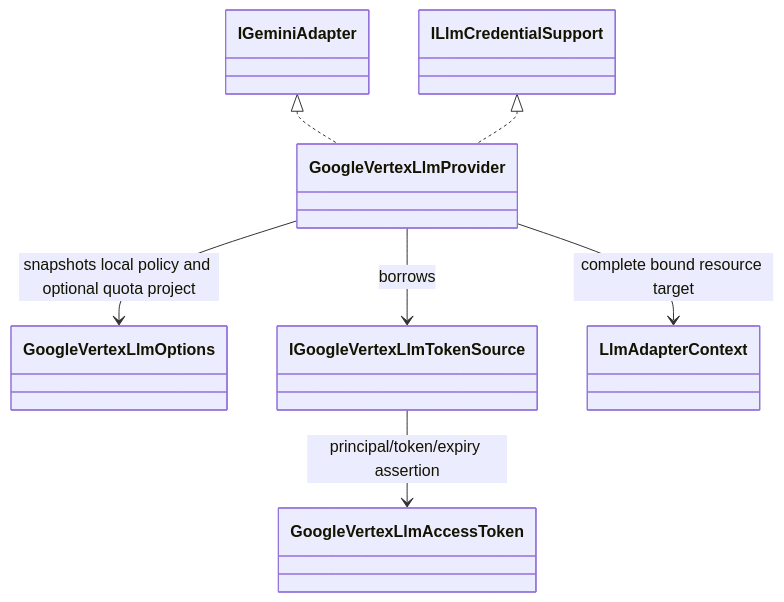
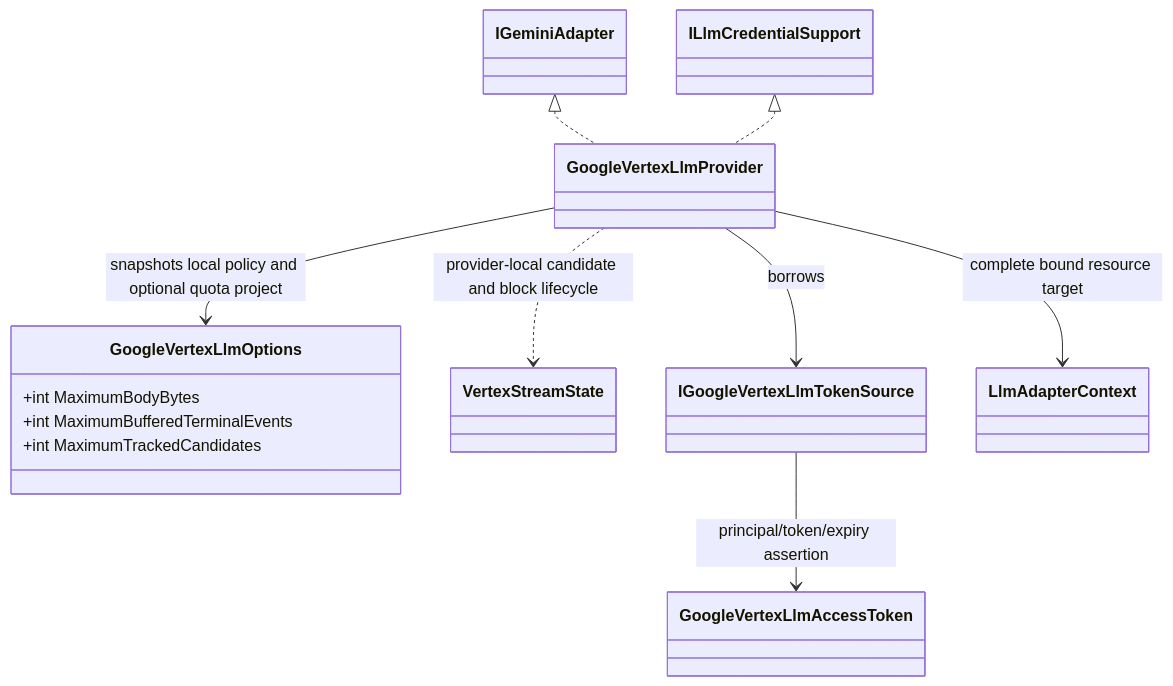
The third of 36 diagrams in docs/architecture.md (BenLampson/Asgard.Loki), drawn with Mermaid before and after one commit. The commit also changed other lines of this file and 24 other files, not shown here.

Commit message:
feat(llm): add native Vertex SSE with exact candidate lifecycle

````diff
--- a/docs/architecture.md
+++ b/docs/architecture.md
@@ -101,9 +101,15 @@
 ```mermaid
 classDiagram
 IGeminiAdapter <|.. GoogleVertexLlmProvider
 ILlmCredentialSupport <|.. GoogleVertexLlmProvider
 GoogleVertexLlmProvider --> GoogleVertexLlmOptions : snapshots local policy and optional quota project
+class GoogleVertexLlmOptions {
+    +int MaximumBodyBytes
+    +int MaximumBufferedTerminalEvents
+    +int MaximumTrackedCandidates
+}
+GoogleVertexLlmProvider ..> VertexStreamState : provider-local candidate and block lifecycle
 GoogleVertexLlmProvider --> IGoogleVertexLlmTokenSource : borrows
 IGoogleVertexLlmTokenSource --> GoogleVertexLlmAccessToken : principal/token/expiry assertion
 GoogleVertexLlmProvider --> LlmAdapterContext : complete bound resource target
 ```
````
